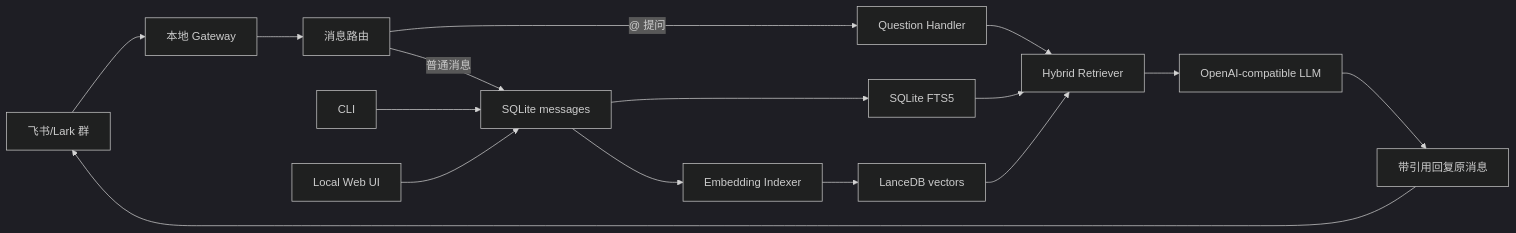
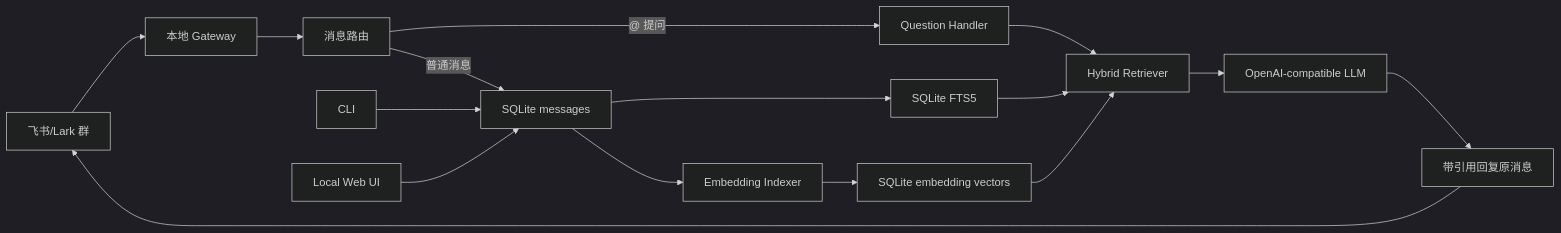
The diagram in README.md (FlashingChen2024/chattercatcher), drawn with Mermaid (dark theme) before and after one commit. The commit also changed other lines of this file and 23 other files, not shown here.

First line of the commit message:
Remove LanceDB and use SQLite embeddings (#4)

````diff
--- a/README.md
+++ b/README.md
@@ -128,21 +127,21 @@
 ```mermaid
 flowchart LR
   Feishu["飞书/Lark 群"] --> Gateway["本地 Gateway"]
   Gateway --> Router["消息路由"]
 
   Router -->|"普通消息"| SQLite["SQLite messages"]
   SQLite --> FTS["SQLite FTS5"]
   SQLite --> Indexer["Embedding Indexer"]
-  Indexer --> LanceDB["LanceDB vectors"]
+  Indexer --> Vectors["SQLite embedding vectors"]
 
   Router -->|"@ 提问"| QA["Question Handler"]
   QA --> Hybrid["Hybrid Retriever"]
   FTS --> Hybrid
-  LanceDB --> Hybrid
+  Vectors --> Hybrid
   Hybrid --> LLM["OpenAI-compatible LLM"]
   LLM --> Reply["带引用回复原消息"]
   Reply --> Feishu
 
   CLI["CLI"] --> SQLite
   Web["Local Web UI"] --> SQLite
 ```
````
